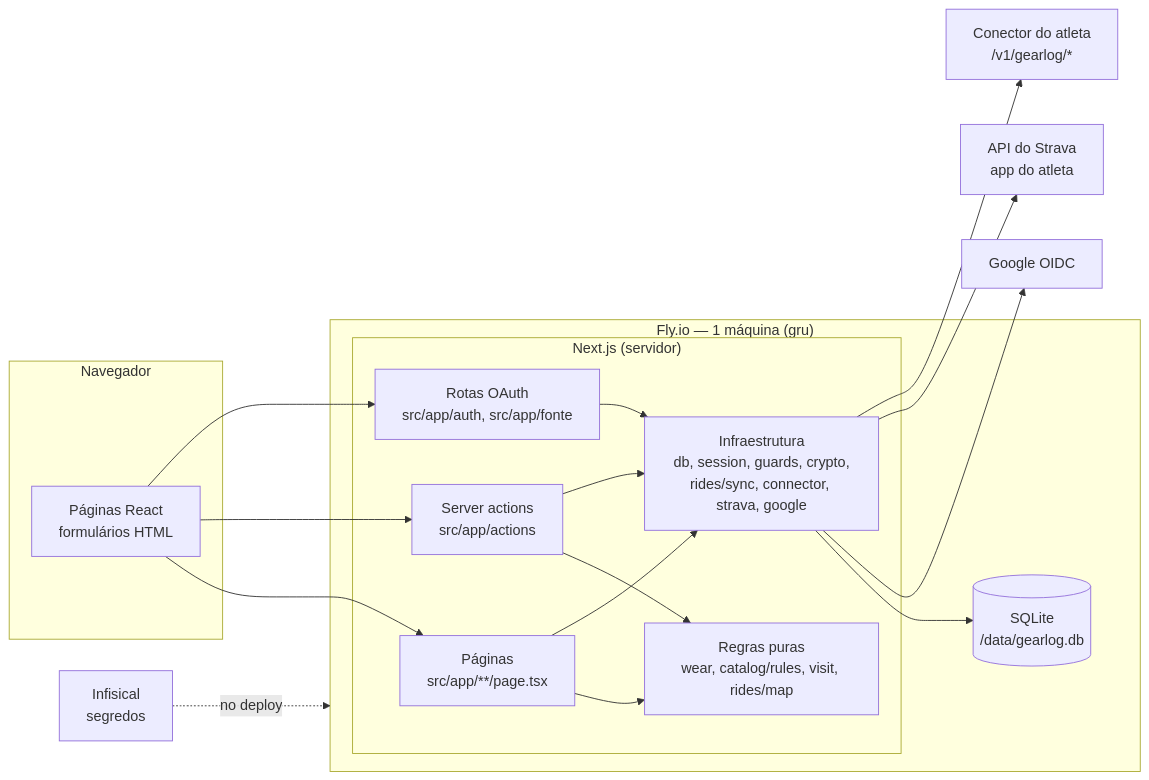
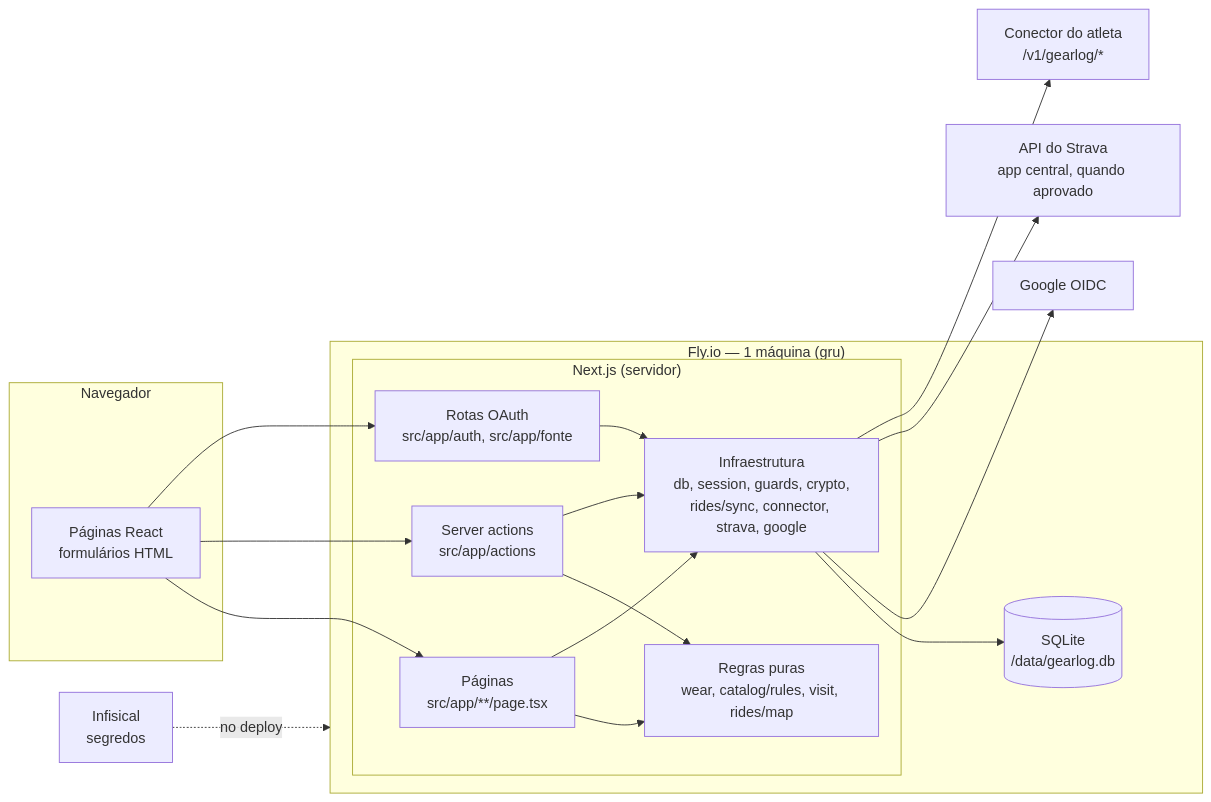
Before and after one commit to jopucciariello/modelagemdesistemas26.2: the diagram in docs/arquitetura.md, drawn with Mermaid. The commit also changed other lines of this file and 10 other files, not shown here.

````diff
--- a/docs/arquitetura.md
+++ b/docs/arquitetura.md
@@ -9,28 +9,28 @@
 ```mermaid
 flowchart LR
   subgraph Navegador
     UI[Páginas React<br/>formulários HTML]
   end
   subgraph Fly.io["Fly.io — 1 máquina (gru)"]
     subgraph Next["Next.js (servidor)"]
       PG[Páginas<br/>src/app/**/page.tsx]
       AC[Server actions<br/>src/app/actions]
       RT[Rotas OAuth<br/>src/app/auth, src/app/fonte]
       DOM[Regras puras<br/>wear, catalog/rules, visit, rides/map]
       INF[Infraestrutura<br/>db, session, guards, crypto,<br/>rides/sync, connector, strava, google]
     end
     DB[(SQLite<br/>/data/gearlog.db)]
   end
   G[Google OIDC]
-  S[API do Strava<br/>app do atleta]
+  S[API do Strava<br/>app central, quando aprovado]
   C[Conector do atleta<br/>/v1/gearlog/*]
   I[Infisical<br/>segredos]
 
   UI --> PG & AC & RT
   PG --> DOM & INF
   AC --> DOM & INF
   RT --> INF
   INF --> DB
   INF --> G & S & C
   I -. no deploy .-> Fly.io
 ```
````
